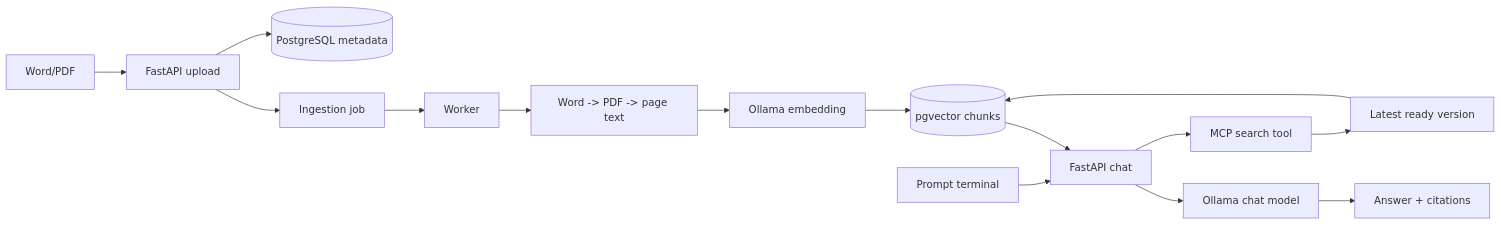
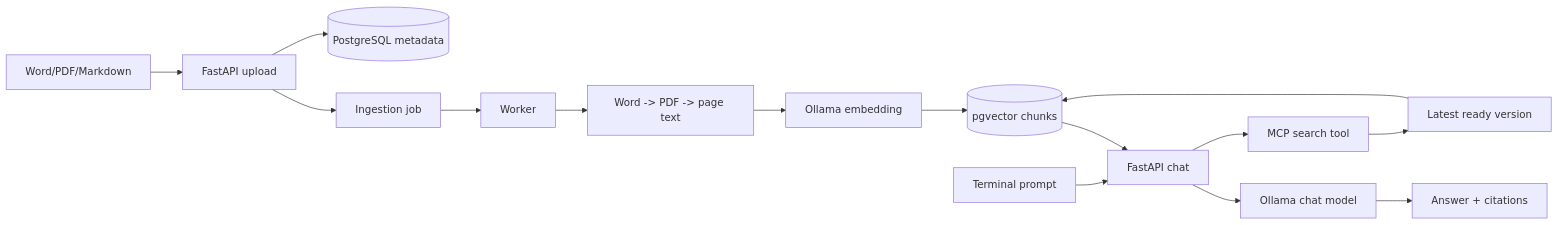
The diagram in DEMO_DB_README.md (lbkhoang/db-demo), drawn with Mermaid before and after one commit. The commit also changed other lines of this file and 9 other files, not shown here.

Commit message:
feat: simplify demo to terminal software policy flow

````diff
--- a/DEMO_DB_README.md
+++ b/DEMO_DB_README.md
@@ -19,18 +19,18 @@
 ```mermaid
 flowchart LR
-    F[Word/PDF] --> A[FastAPI upload]
+    F[Word/PDF/Markdown] --> A[FastAPI upload]
     A --> M[(PostgreSQL metadata)]
     A --> Q[Ingestion job]
     Q --> W[Worker]
     W --> P[Word -> PDF -> page text]
     P --> E[Ollama embedding]
     E --> V[(pgvector chunks)]
 
-    U[Prompt terminal] --> C[FastAPI chat]
+    U[Terminal prompt] --> C[FastAPI chat]
     C --> S[MCP search tool]
     S --> R[Latest ready version]
     R --> V
     V --> C
     C --> L[Ollama chat model]
     L --> O[Answer + citations]
 ```
````
